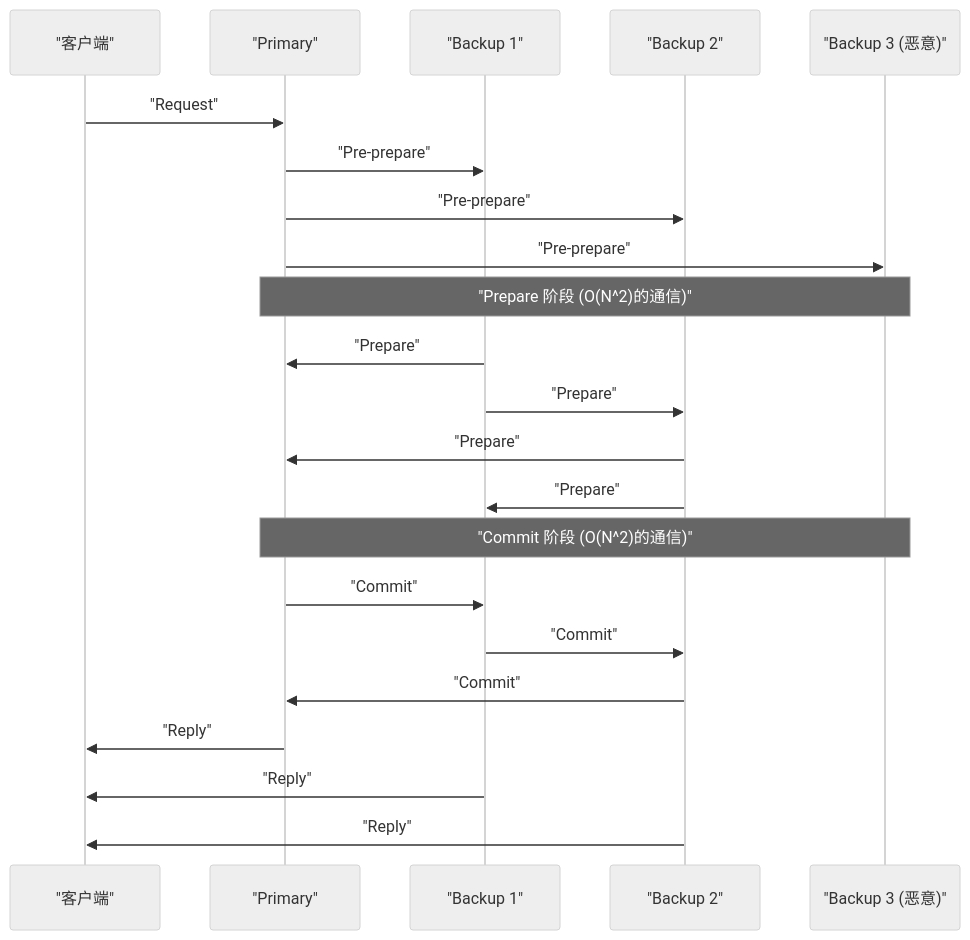
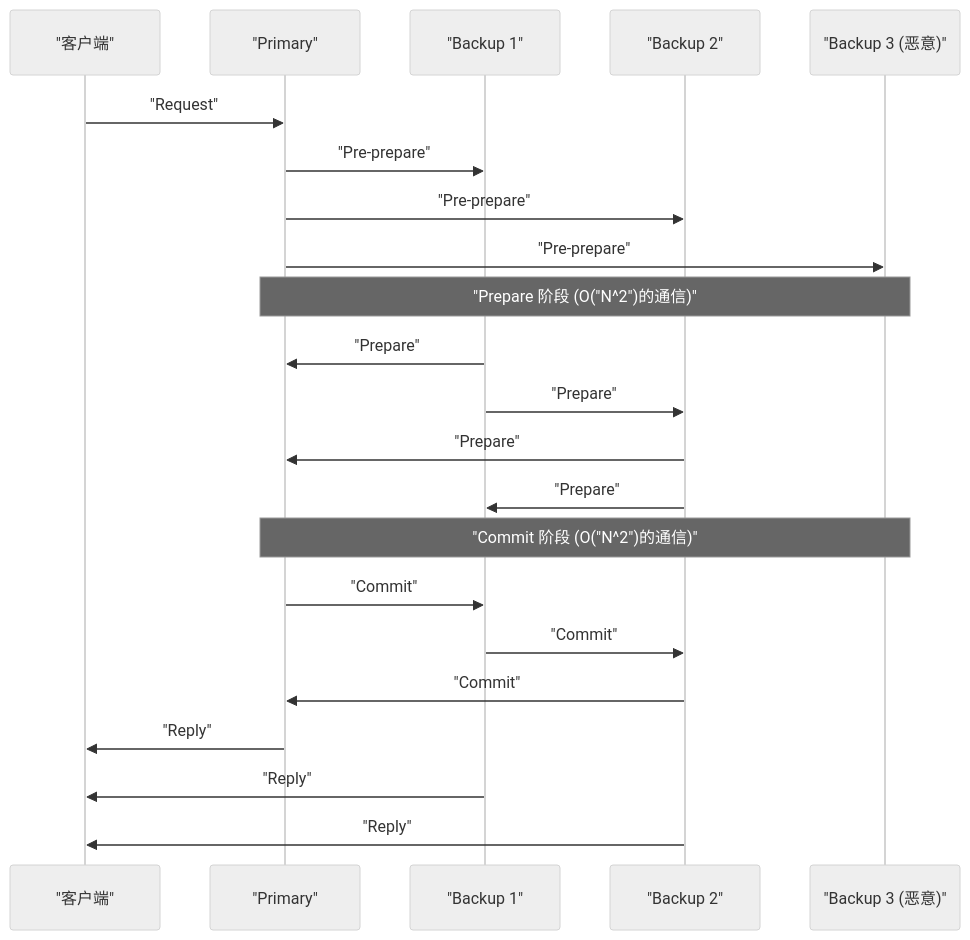
Before and after one commit to kenjinote/blog: the third of 3 diagrams in content/post/byzantine-generals-problem-consensus/index.zh-cn.md, drawn with Mermaid (neutral theme). The commit also changed 929 other files, not shown here.

Commit message:
fix: Add double quotes to all Mermaid node texts to resolve syntax errors

````diff
--- a/content/post/byzantine-generals-problem-consensus/index.zh-cn.md
+++ b/content/post/byzantine-generals-problem-consensus/index.zh-cn.md
@@ -242,28 +242,28 @@
 ```mermaid
 sequenceDiagram
     participant C as "客户端"
     participant P as "Primary"
     participant B1 as "Backup 1"
     participant B2 as "Backup 2"
     participant B3 as "Backup 3 (恶意)"
 
     C->>P: "Request"
     P->>B1: "Pre-prepare"
     P->>B2: "Pre-prepare"
     P->>B3: "Pre-prepare"
     
-    Note over P,B3: "Prepare 阶段 (O(N^2)的通信)"
+    Note over P,B3: "Prepare 阶段 (O("N^2")的通信)"
     B1->>P: "Prepare"
     B1->>B2: "Prepare"
     B2->>P: "Prepare"
     B2->>B1: "Prepare"
     
-    Note over P,B3: "Commit 阶段 (O(N^2)的通信)"
+    Note over P,B3: "Commit 阶段 (O("N^2")的通信)"
     P->>B1: "Commit"
     B1->>B2: "Commit"
     B2->>P: "Commit"
     
     P->>C: "Reply"
     B1->>C: "Reply"
     B2->>C: "Reply"
 ```
````
